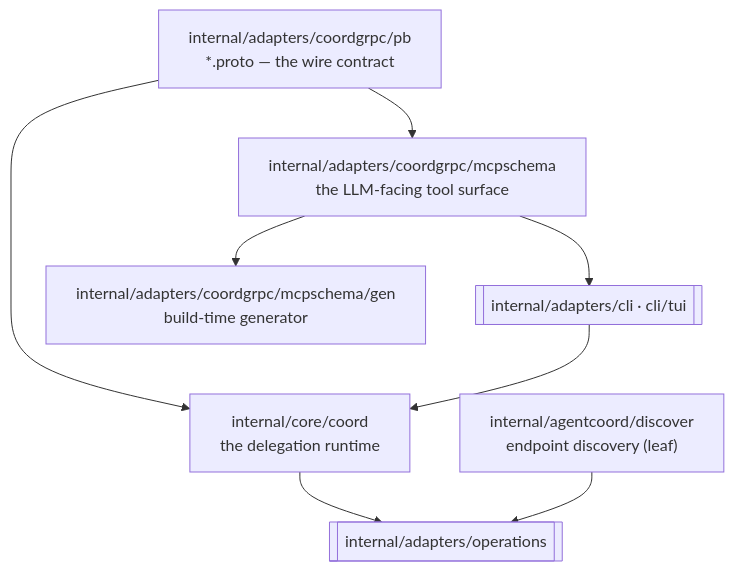
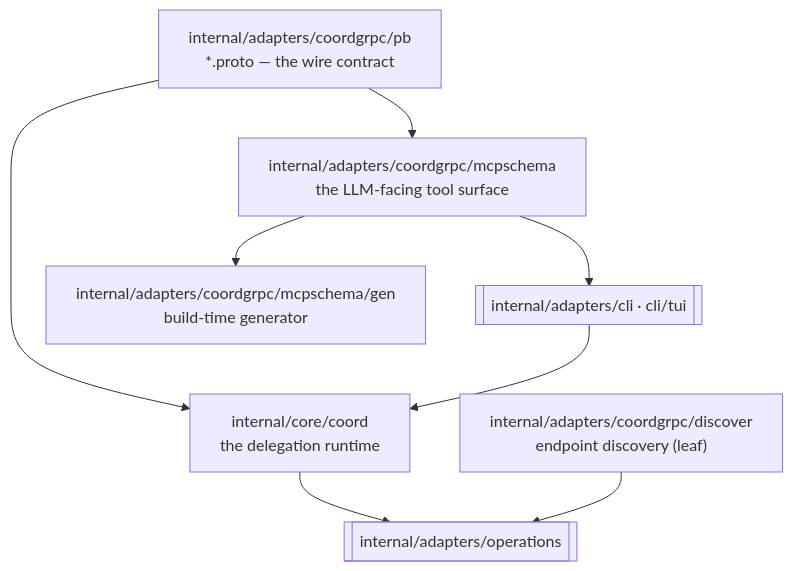
Before and after one commit to ctxloom/ctxloom: the diagram in docs/architecture/agentcoord/README.md, drawn with Mermaid. The commit also changed other lines of this file and 7 other files, not shown here.

First line of the commit message:
docs(architecture): slice 10 as landed — §1.0 coord row, §1.1 coordgrpc, §1.7 bus; the agentcoord graphs

````diff
--- a/docs/architecture/agentcoord/README.md
+++ b/docs/architecture/agentcoord/README.md
@@ -22,17 +22,17 @@
 ```mermaid
 flowchart TD
   PROTO["internal/adapters/coordgrpc/pb<br/>*.proto — the wire contract"]
   COORD["internal/core/coord<br/>the delegation runtime"]
   SCHEMA["internal/adapters/coordgrpc/mcpschema<br/>the LLM-facing tool surface"]
   GEN["internal/adapters/coordgrpc/mcpschema/gen<br/>build-time generator"]
-  DISC["internal/agentcoord/discover<br/>endpoint discovery (leaf)"]
+  DISC["internal/adapters/coordgrpc/discover<br/>endpoint discovery (leaf)"]
   OPS[["internal/adapters/operations"]]
   CLI[["internal/adapters/cli · cli/tui"]]
 
   PROTO --> COORD
   PROTO --> SCHEMA --> GEN
   SCHEMA --> CLI
   COORD --> OPS
   DISC --> OPS
   CLI --> COORD
 ```
````
